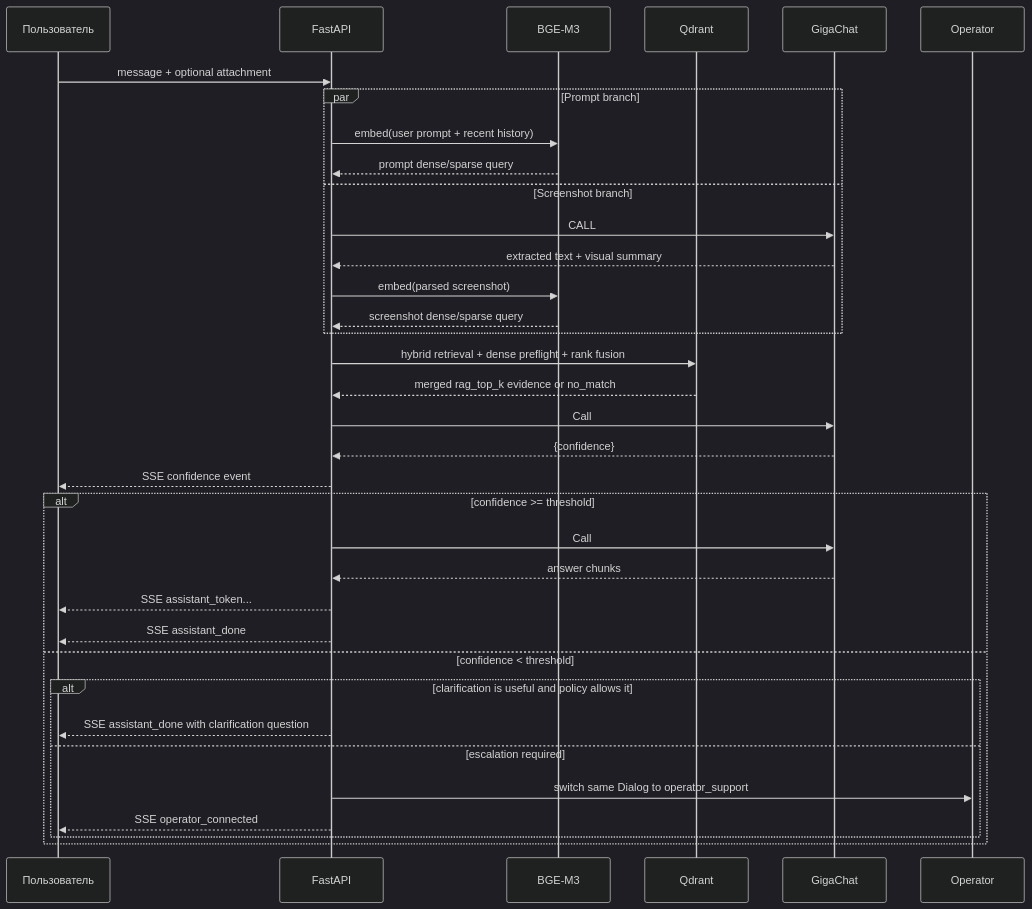
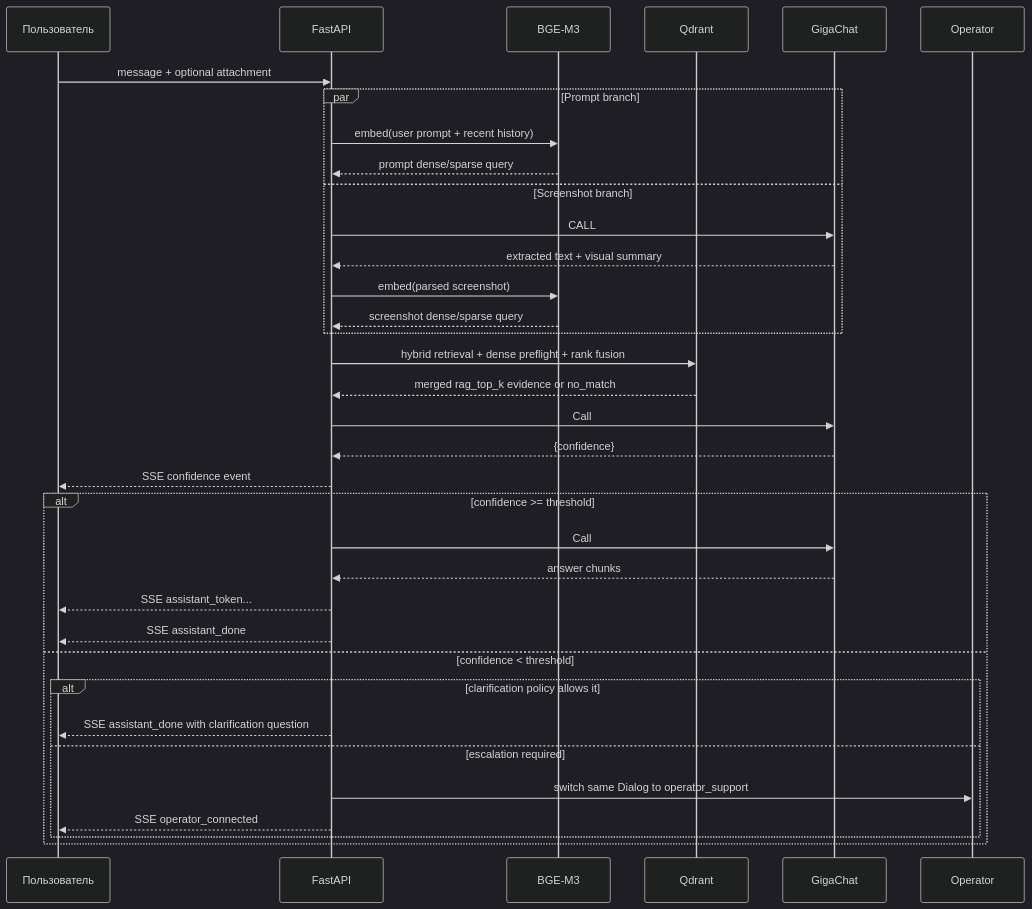
The second of 2 diagrams in ARCHITECTURE.md (MrDoodeth/sber-molvest-hackaton), drawn with Mermaid (dark theme) before and after one commit. The commit also changed other lines of this file and 6 other files, not shown here.

````diff
--- a/ARCHITECTURE.md
+++ b/ARCHITECTURE.md
@@ -1154,41 +1179,41 @@
 ```mermaid
 sequenceDiagram
     participant U as Пользователь
     participant API as FastAPI
     participant EMB as BGE-M3
     participant Q as Qdrant
     participant G as GigaChat
     participant E as Operator
 
     U->>API: message + optional attachment
 
     par Prompt branch
         API->>EMB: embed(user prompt + recent history)
         EMB-->>API: prompt dense/sparse query
     and Screenshot branch
         API->>G: CALL #0 screenshot parse
         G-->>API: extracted text + visual summary
         API->>EMB: embed(parsed screenshot)
         EMB-->>API: screenshot dense/sparse query
     end
     API->>Q: hybrid retrieval + dense preflight + rank fusion
     Q-->>API: merged rag_top_k evidence or no_match
 
     API->>G: Call #1 structured confidence
     G-->>API: {confidence}
     API-->>U: SSE confidence event
 
     alt confidence >= threshold
         API->>G: Call #2 user answer with same context
         G-->>API: answer chunks
         API-->>U: SSE assistant_token...
         API-->>U: SSE assistant_done
     else confidence < threshold
-        alt clarification is useful and policy allows it
+        alt clarification policy allows it
             API-->>U: SSE assistant_done with clarification question
         else escalation required
             API->>E: switch same Dialog to operator_support
             API-->>U: SSE operator_connected
         end
     end
 ```
````
